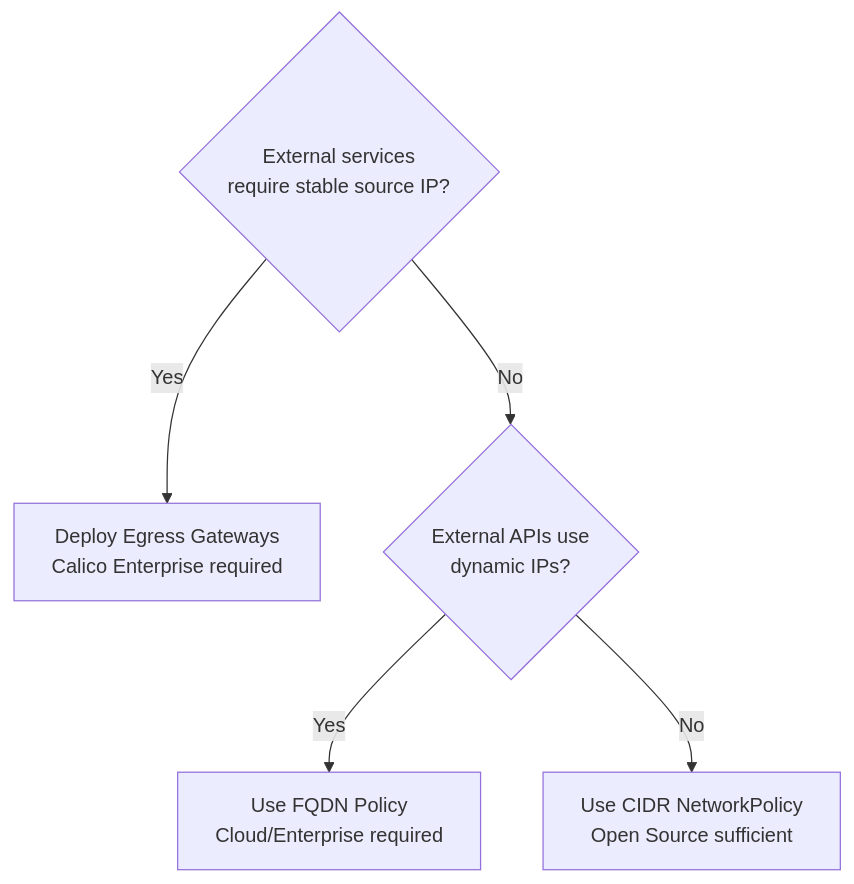
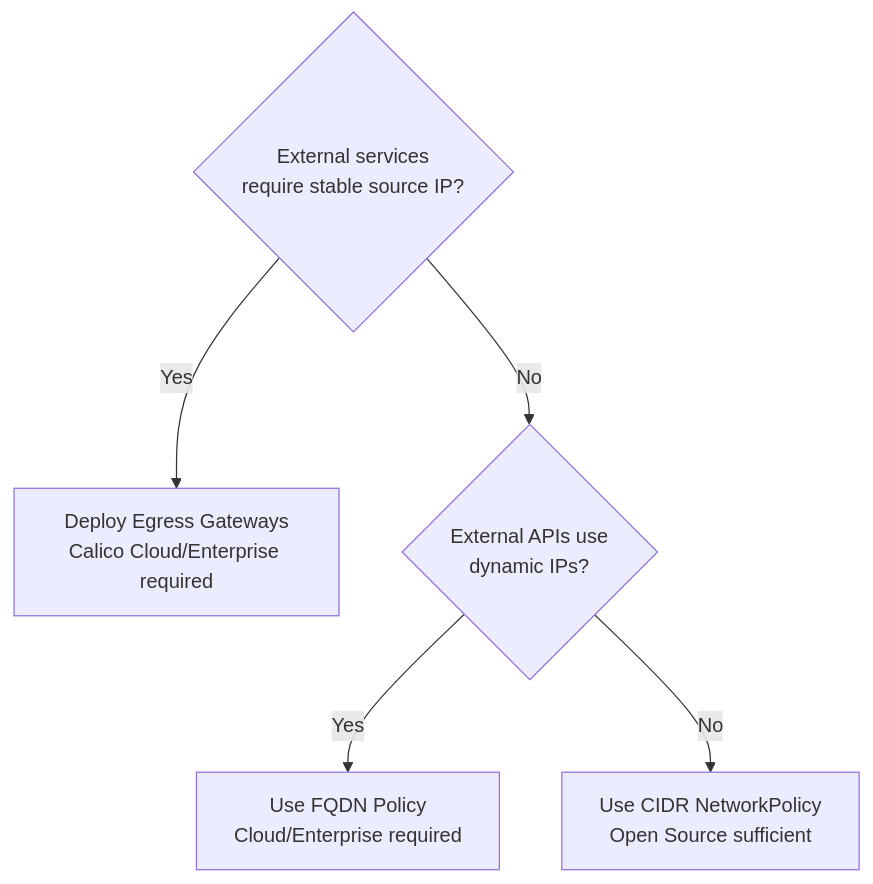
Before and after one commit to OneUptime/blog: the diagram in posts/2026-03-13-kubernetes-egress-calico-choose-production/README.md, drawn with Mermaid. The commit also changed other lines of this file and 2 other files, not shown here.

Commit message:
validate: 2026-03-13-kubernetes-egress-calico-choose-production

````diff
--- a/posts/2026-03-13-kubernetes-egress-calico-choose-production/README.md
+++ b/posts/2026-03-13-kubernetes-egress-calico-choose-production/README.md
@@ -28,8 +28,8 @@
 ```mermaid
 graph TD
     Q1{External services\nrequire stable source IP?}
-    Q1 -->|Yes| EGW[Deploy Egress Gateways\nCalico Enterprise required]
+    Q1 -->|Yes| EGW[Deploy Egress Gateways\nCalico Cloud/Enterprise required]
     Q1 -->|No| Q2{External APIs use\ndynamic IPs?}
     Q2 -->|Yes| FQDN[Use FQDN Policy\nCloud/Enterprise required]
     Q2 -->|No| CIDR[Use CIDR NetworkPolicy\nOpen Source sufficient]
 ```
````
